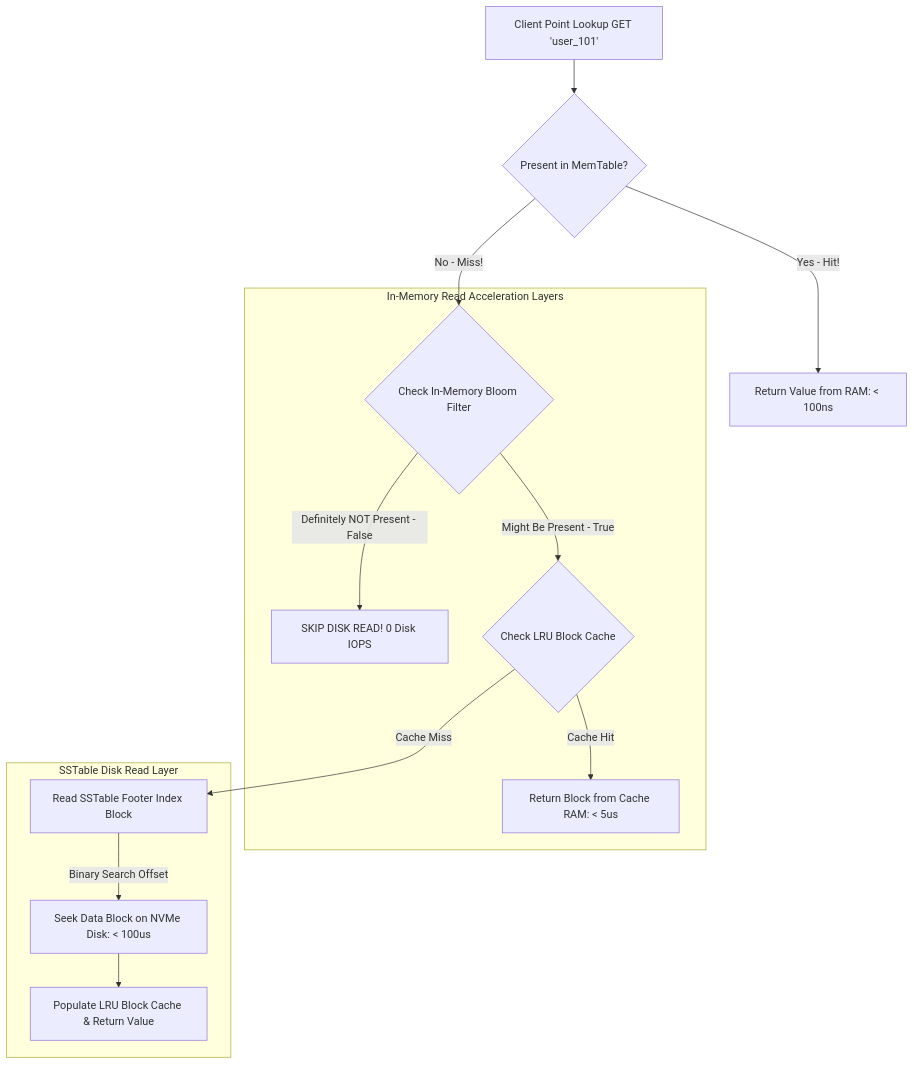
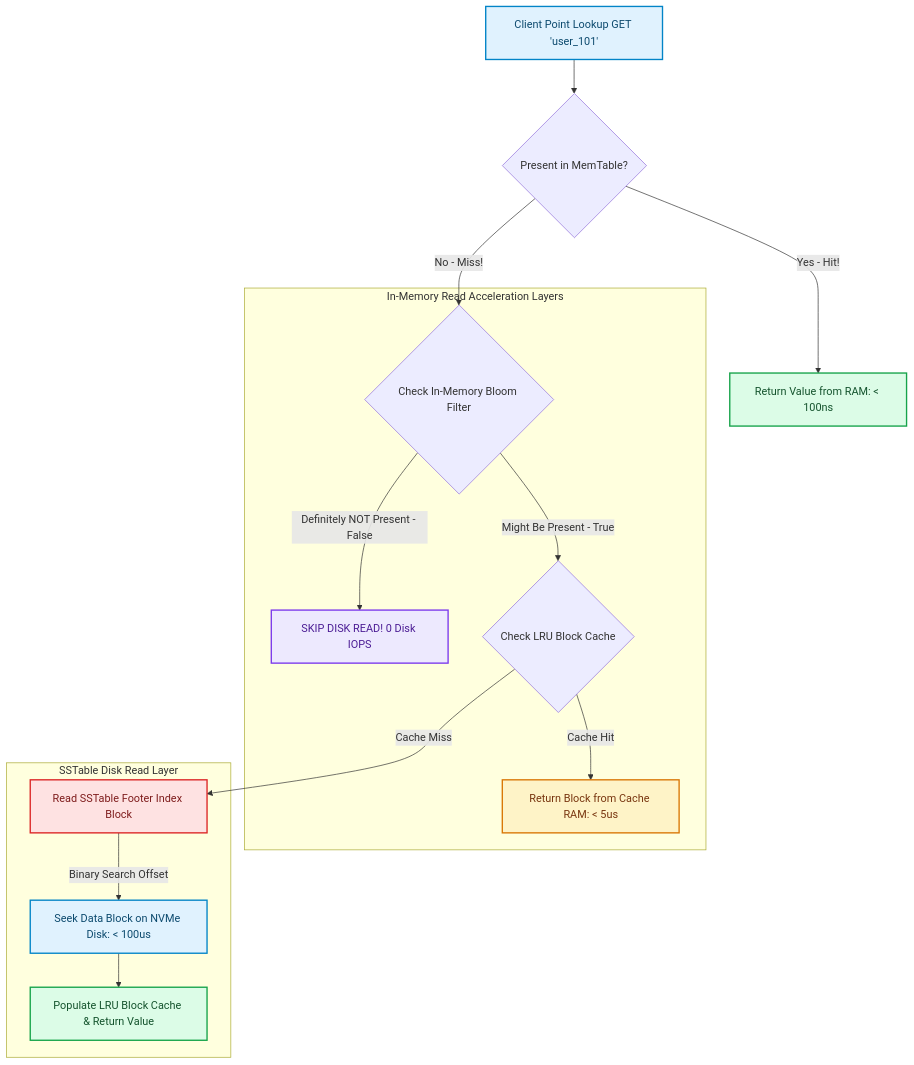
Before and after one commit to akmalkhaniub/akmalkhaniub.github.io: the diagram in blog/posts/fast-point-lookups-block-cache-index-block-bloom-filters.md, drawn with Mermaid. The commit also changed other lines of this file and 1291 other files, not shown here.

First line of the commit message:
feat(catalog): unique covers, scholarly references, and diagram palettes

````diff
--- a/blog/posts/fast-point-lookups-block-cache-index-block-bloom-filters.md
+++ b/blog/posts/fast-point-lookups-block-cache-index-block-bloom-filters.md
@@ -19,20 +19,31 @@
 ```mermaid
 flowchart TD
-  ClientRead[Client Point Lookup GET 'user_101'] --> MemTable{Present in MemTable?}
+  ClientRead["Client Point Lookup GET 'user_101'"] --> MemTable{Present in MemTable?}
   
-  MemTable -->|Yes - Hit!| ReturnRAM[Return Value from RAM: < 100ns]
+  MemTable -->|Yes - Hit!| ReturnRAM["Return Value from RAM: < 100ns"]
   MemTable -->|No - Miss!| BloomFilter{Check In-Memory Bloom Filter}
   
   subgraph SG1_InMemoryRead ["In-Memory Read Acceleration Layers"]
-    BloomFilter -->|Definitely NOT Present - False| SkipDisk[ SKIP DISK READ! 0 Disk IOPS]
+    BloomFilter -->|Definitely NOT Present - False| SkipDisk[" SKIP DISK READ! 0 Disk IOPS"]
     BloomFilter -->|Might Be Present - True| BlockCache{Check LRU Block Cache}
     
-    BlockCache -->|Cache Hit| ReturnCache[Return Block from Cache RAM: < 5us]
+    BlockCache -->|Cache Hit| ReturnCache["Return Block from Cache RAM: < 5us"]
   end
   
   subgraph SG2_SstableDiskRead ["SSTable Disk Read Layer"]
-    BlockCache -->|Cache Miss| IndexBlock[Read SSTable Footer Index Block]
-    IndexBlock -->|Binary Search Offset| DataBlock[Seek Data Block on NVMe Disk: < 100us]
-    DataBlock --> PopulateCache[Populate LRU Block Cache & Return Value]
+    BlockCache -->|Cache Miss| IndexBlock["Read SSTable Footer Index Block"]
+    IndexBlock -->|Binary Search Offset| DataBlock["Seek Data Block on NVMe Disk: < 100us"]
+    DataBlock --> PopulateCache["Populate LRU Block Cache & Return Value"]
   end
+
+classDef green fill:#dcfce7,stroke:#16a34a,stroke-width:2px,color:#14532d;
+classDef red fill:#fee2e2,stroke:#dc2626,stroke-width:2px,color:#7f1d1d;
+classDef blue fill:#e0f2fe,stroke:#0284c7,stroke-width:2px,color:#0c4a6e;
+classDef yellow fill:#fef3c7,stroke:#d97706,stroke-width:2px,color:#78350f;
+classDef purple fill:#ede9fe,stroke:#7c3aed,stroke-width:2px,color:#4c1d95;
+class ClientRead,DataBlock blue
+class ReturnRAM,PopulateCache green
+class SkipDisk purple
+class ReturnCache yellow
+class IndexBlock red
 ```
````
